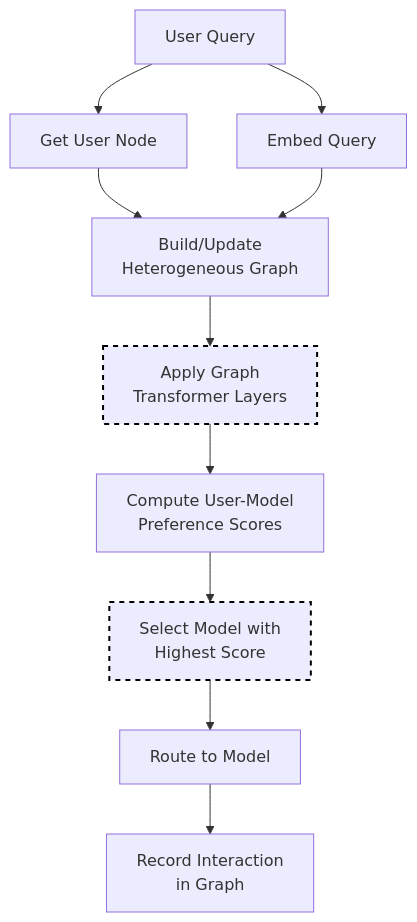
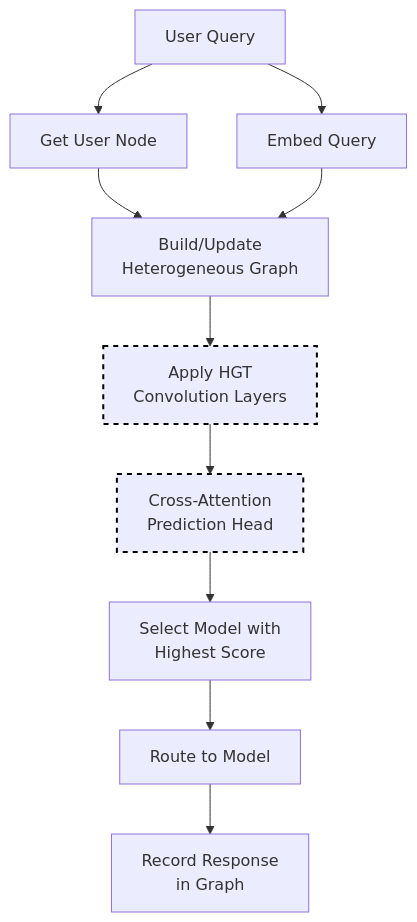
One commit to vllm-project/semantic-router changed the diagram in website/docs/tutorials/intelligent-route/model-selection/gmtrouter.md. Above: the diagram before and after it, drawn with Mermaid. The commit also changed other lines of this file and 15 other files, not shown here.

````diff
--- a/website/docs/tutorials/intelligent-route/model-selection/gmtrouter.md
+++ b/website/docs/tutorials/intelligent-route/model-selection/gmtrouter.md
@@ -9,15 +11,15 @@
 ```mermaid
 flowchart TD
     A[User Query] --> B[Get User Node]
     A --> C[Embed Query]
     B --> D[Build/Update<br/>Heterogeneous Graph]
     C --> D
-    D --> E[Apply Graph<br/>Transformer Layers]
-    E --> F[Compute User-Model<br/>Preference Scores]
+    D --> E[Apply HGT<br/>Convolution Layers]
+    E --> F[Cross-Attention<br/>Prediction Head]
     F --> G[Select Model with<br/>Highest Score]
     G --> H[Route to Model]
-    H --> I[Record Interaction<br/>in Graph]
+    H --> I[Record Response<br/>in Graph]
     
     style E stroke:#000,stroke-width:2px,stroke-dasharray: 5 5
-    style G stroke:#000,stroke-width:2px,stroke-dasharray: 5 5
+    style F stroke:#000,stroke-width:2px,stroke-dasharray: 5 5
 ```
````
